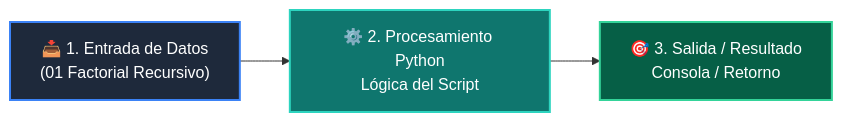
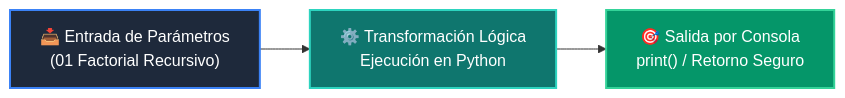
The diagram in 02-algoritmos-estructuras/clase-08-recursividad-y-programacion-dinamica/ejemplos/ejemplo_01_factorial_recursivo/README.md (wisrovi/wisrovi-python), drawn with Mermaid before and after one commit. The commit also changed other lines of this file and 226 other files, not shown here.

Commit message:
docs: elevate all repository READMEs to world-class mastery standard with rich pedagogical architecture, custom Mermaids, and professional styling

````diff
--- a/02-algoritmos-estructuras/clase-08-recursividad-y-programacion-dinamica/ejemplos/ejemplo_01_factorial_recursivo/README.md
+++ b/02-algoritmos-estructuras/clase-08-recursividad-y-programacion-dinamica/ejemplos/ejemplo_01_factorial_recursivo/README.md
@@ -12,9 +19,9 @@
 ```mermaid
 flowchart LR
-    A["📥 1. Entrada de Datos<br/>(01 Factorial Recursivo)"] --> B["⚙️ 2. Procesamiento Python<br/>Lógica del Script"]
-    B --> C["🎯 3. Salida / Resultado<br/>Consola / Retorno"]
+    A["📥 Entrada de Parámetros<br/>(01 Factorial Recursivo)"] --> B["⚙️ Transformación Lógica<br/>Ejecución en Python"]
+    B --> C["🎯 Salida por Consola<br/>print() / Retorno Seguro"]
 
-    style A fill:#1e293b,color:#fff,stroke:#3b82f6,stroke-width:2px
-    style B fill:#0f766e,color:#fff,stroke:#2dd4bf,stroke-width:2px
-    style C fill:#065f46,color:#fff,stroke:#34d399,stroke-width:2px
+    style A fill:#1e293b,color:#ffffff,stroke:#3b82f6,stroke-width:2px
+    style B fill:#0f766e,color:#ffffff,stroke:#2dd4bf,stroke-width:2px
+    style C fill:#059669,color:#ffffff,stroke:#34d399,stroke-width:2px
 ```
````
